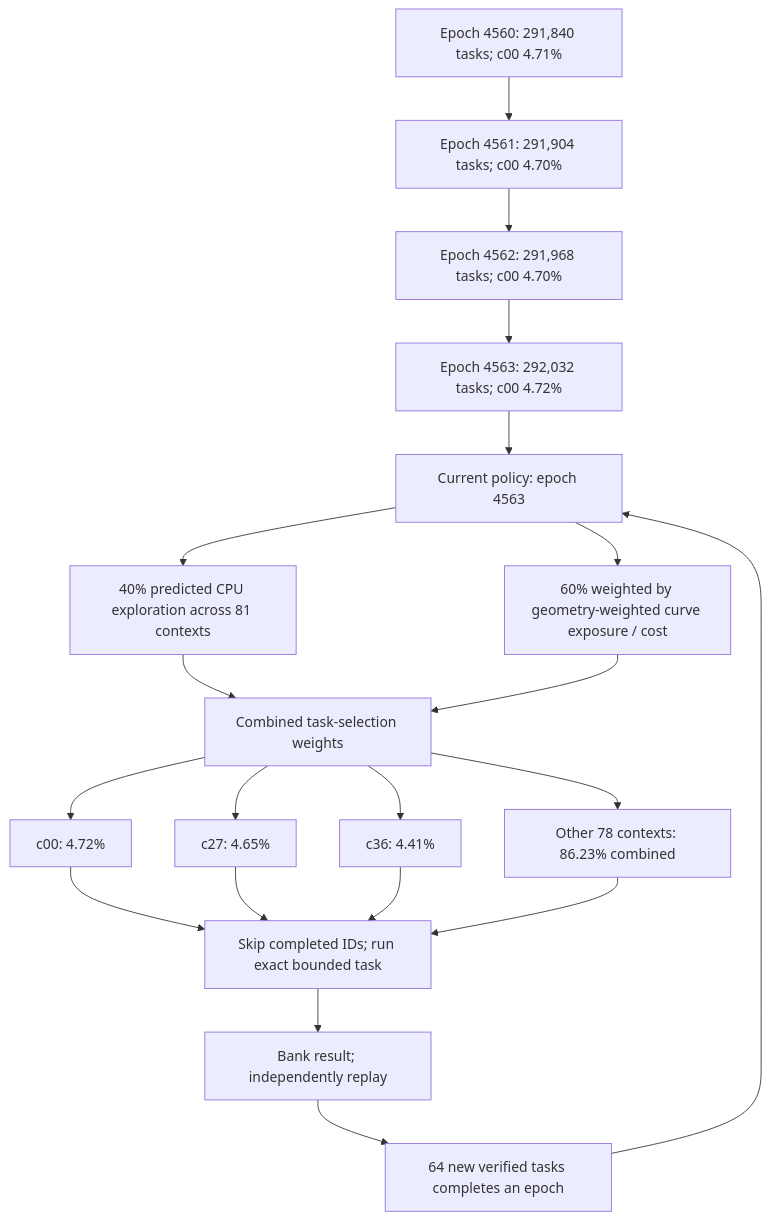
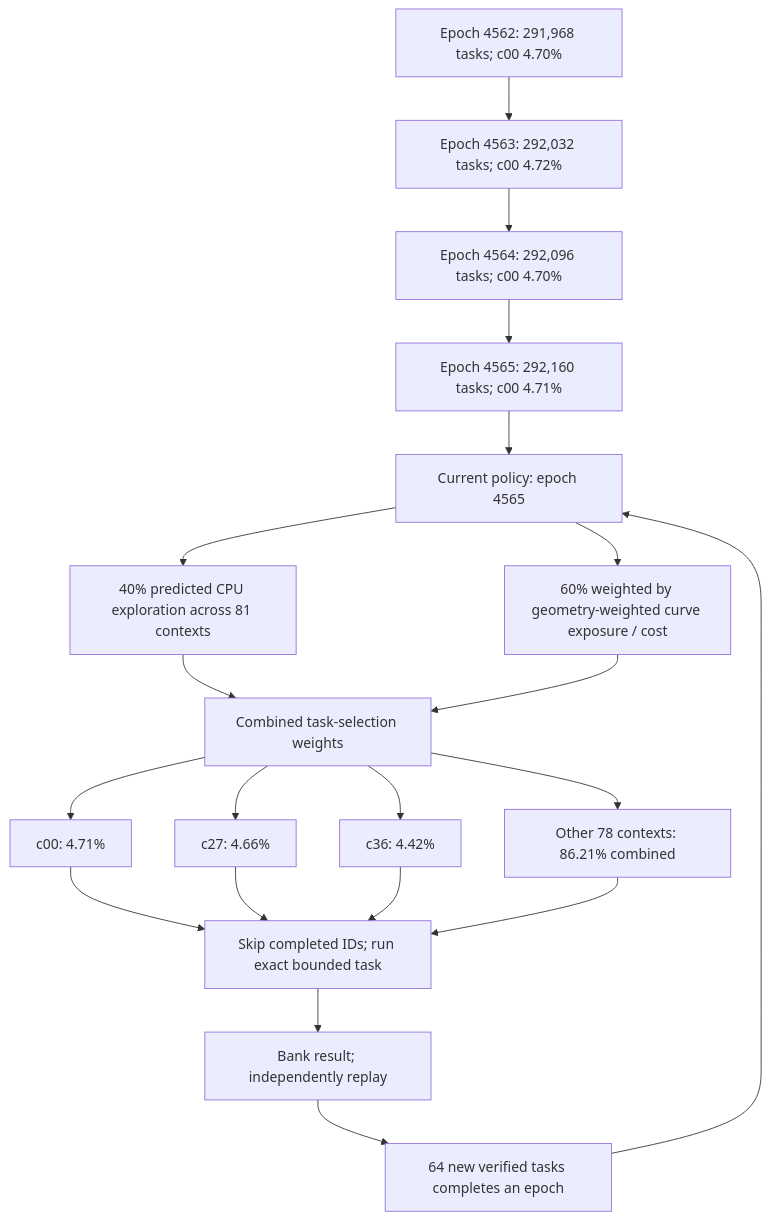
Before and after one commit to Kuberwastaken/math-gambling: the first of 3 diagrams in README.md, drawn with Mermaid. The commit also changed other lines of this file and 2166 other files, not shown here.

````diff
--- a/README.md
+++ b/README.md
@@ -60,27 +60,27 @@
 ```mermaid
 flowchart TD
-    H0["Epoch 4560: 291,840 tasks; c00 4.71%"]
-    H1["Epoch 4561: 291,904 tasks; c00 4.70%"]
+    H0["Epoch 4562: 291,968 tasks; c00 4.70%"]
+    H1["Epoch 4563: 292,032 tasks; c00 4.72%"]
     H0 --> H1
-    H2["Epoch 4562: 291,968 tasks; c00 4.70%"]
+    H2["Epoch 4564: 292,096 tasks; c00 4.70%"]
     H1 --> H2
-    H3["Epoch 4563: 292,032 tasks; c00 4.72%"]
+    H3["Epoch 4565: 292,160 tasks; c00 4.71%"]
     H2 --> H3
-    Policy["Current policy: epoch 4563"]
+    Policy["Current policy: epoch 4565"]
     H3 --> Policy
     Policy --> Explore["40% predicted CPU exploration across 81 contexts"]
     Policy --> Cost["60% weighted by geometry-weighted curve exposure / cost"]
     Explore --> Mix["Combined task-selection weights"]
     Cost --> Mix
-    Mix --> C0["c00: 4.72%"]
-    Mix --> C1["c27: 4.65%"]
-    Mix --> C2["c36: 4.41%"]
-    Mix --> Rest["Other 78 contexts: 86.23% combined"]
+    Mix --> C0["c00: 4.71%"]
+    Mix --> C1["c27: 4.66%"]
+    Mix --> C2["c36: 4.42%"]
+    Mix --> Rest["Other 78 contexts: 86.21% combined"]
     C0 --> Check["Skip completed IDs; run exact bounded task"]
     C1 --> Check
     C2 --> Check
     Rest --> Check
     Check --> Replay["Bank result; independently replay"]
     Replay --> Gate["64 new verified tasks completes an epoch"]
     Gate --> Policy
 ```
````
